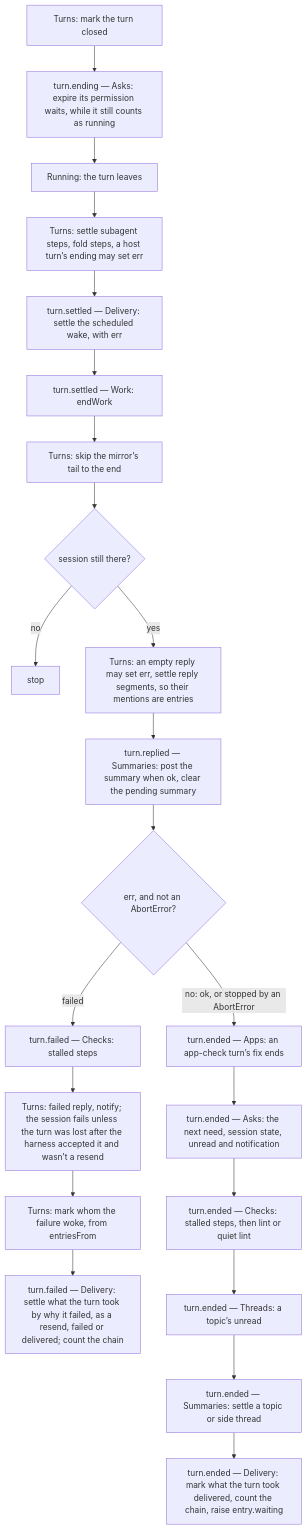
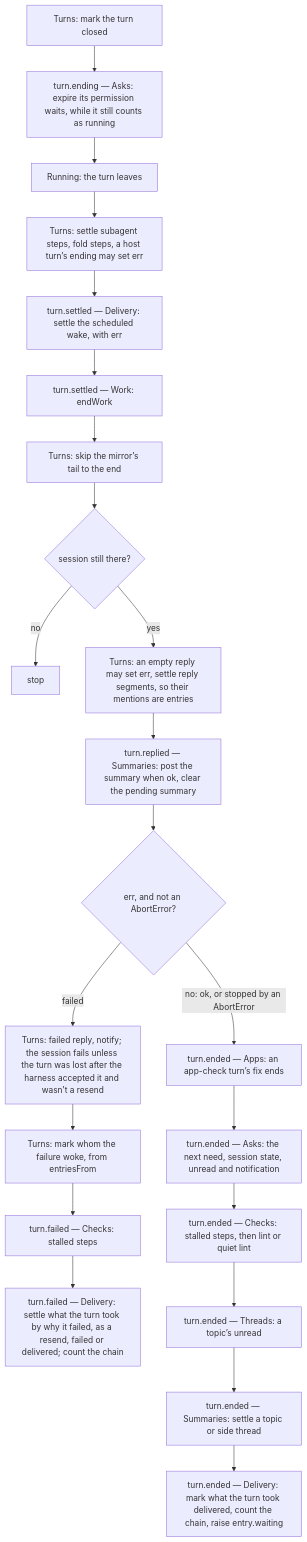
The fourth of 5 diagrams in designs/architecture/services.md (HJeon139/postbox), drawn with Mermaid before and after one commit. The commit also changed other lines of this file and 1 other file, not shown here.

Commit message:
docs(services): stalled steps run after the failed reply and its wakes, as the code does
The diagram drew J first on a failed turn, against the prose and turn-finish.mjs, and the emit's comment
said N reads open, viewing and topic, which it writes.

Refs #1429

````diff
--- a/designs/architecture/services.md
+++ b/designs/architecture/services.md
@@ -428,24 +428,24 @@
 ```mermaid
 flowchart TD
   A[Turns: mark the turn closed] --> B[turn.ending — Asks: expire its permission waits, while it still counts as running]
   B --> C[Running: the turn leaves]
   C --> D[Turns: settle subagent steps, fold steps, a host turn’s ending may set err]
   D --> E[turn.settled — Delivery: settle the scheduled wake, with err]
   E --> F[turn.settled — Work: endWork]
   F --> G0[Turns: skip the mirror’s tail to the end]
   G0 --> S{session still there?}
   S -->|no| Z[stop]
   S -->|yes| G[Turns: an empty reply may set err, settle reply segments, so their mentions are entries]
   G --> H[turn.replied — Summaries: post the summary when ok, clear the pending summary]
   H --> I{err, and not an AbortError?}
-  I -->|failed| J[turn.failed — Checks: stalled steps]
-  J --> K[Turns: failed reply, notify; the session fails unless the turn was lost after the harness accepted it and wasn’t a resend]
+  I -->|failed| K[Turns: failed reply, notify; the session fails unless the turn was lost after the harness accepted it and wasn’t a resend]
   K --> L2[Turns: mark whom the failure woke, from entriesFrom]
-  L2 --> L4[turn.failed — Delivery: settle what the turn took by why it failed, as a resend, failed or delivered; count the chain]
+  L2 --> J[turn.failed — Checks: stalled steps]
+  J --> L4[turn.failed — Delivery: settle what the turn took by why it failed, as a resend, failed or delivered; count the chain]
   I -->|no: ok, or stopped by an AbortError| M[turn.ended — Apps: an app-check turn’s fix ends]
   M --> N[turn.ended — Asks: the next need, session state, unread and notification]
   N --> O[turn.ended — Checks: stalled steps, then lint or quiet lint]
   O --> P[turn.ended — Threads: a topic’s unread]
   P --> Q[turn.ended — Summaries: settle a topic or side thread]
   Q --> R[turn.ended — Delivery: mark what the turn took delivered, count the chain, raise entry.waiting]
 ```
````
